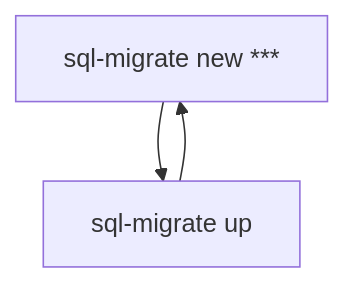
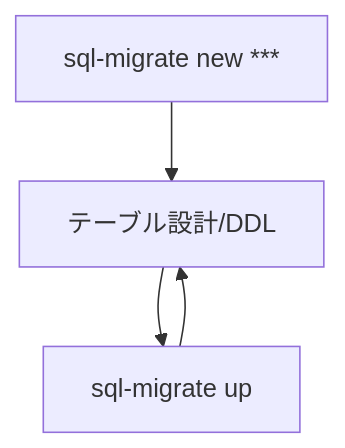
One commit to ayumi-sk2720/animal_healthcare_app changed the diagram in README.md. Above: the diagram before and after it, drawn with Mermaid. The commit also changed 1 other file, not shown here.

````diff
--- a/README.md
+++ b/README.md
@@ -31,5 +31,6 @@
 ```mermaid
 flowchart TD
-    a[sql-migrate new ***]  --> b[sql-migrate up]
-    b --> a
+    a[sql-migrate new ***]  --> b[テーブル設計/DDL]
+    b[テーブル設計/DDL] --> c[sql-migrate up]
+    c --> b
 ```
````
